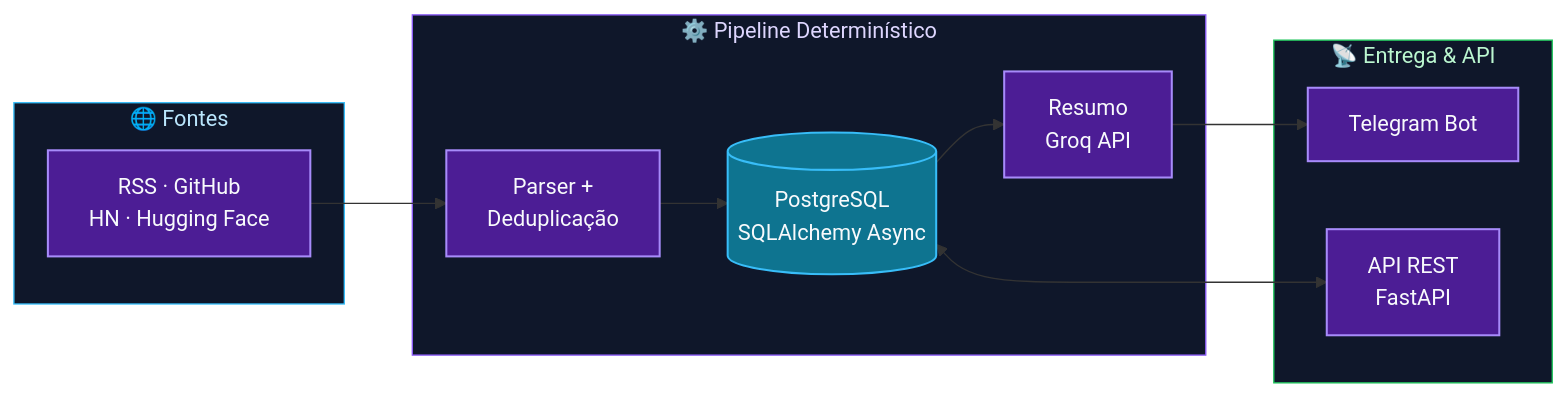
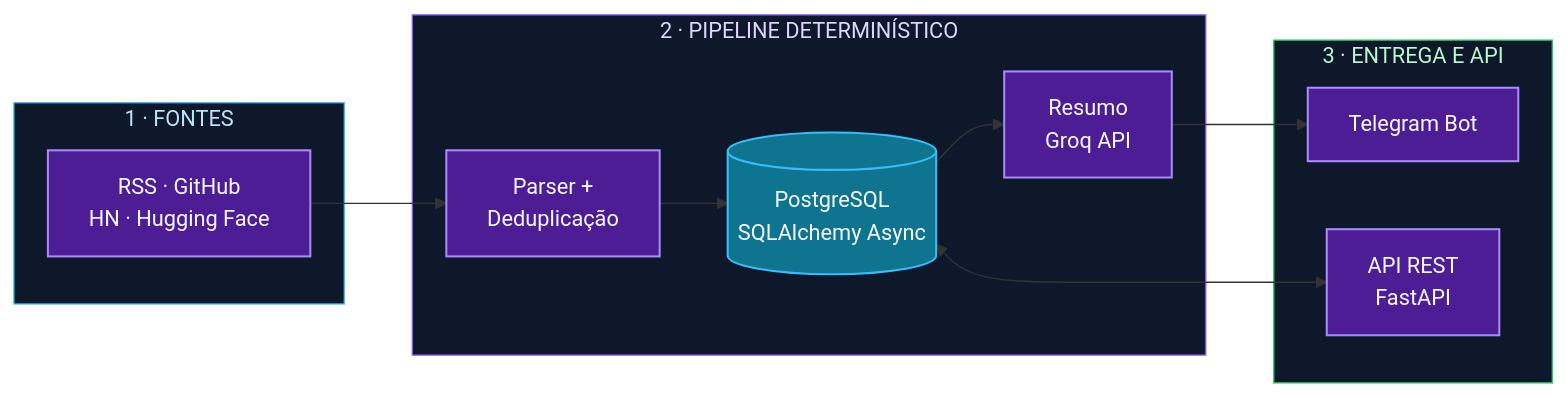
One commit to rafaelmaia-dev/rafaelmaia-dev changed the first of 3 diagrams in README.md. Above: the diagram before and after it, drawn with Mermaid. The commit also changed other lines of this file, not shown here.

````diff
--- a/README.md
+++ b/README.md
@@ -78,27 +78,27 @@
 ```mermaid
 flowchart LR
-    subgraph IN["🌐 Fontes"]
+    subgraph IN["1 · FONTES"]
         A["RSS · GitHub<br/>HN · Hugging Face"]
     end
-    subgraph PIPE["⚙️ Pipeline Determinístico"]
+    subgraph PIPE["2 · PIPELINE DETERMINÍSTICO"]
         B["Parser +<br/>Deduplicação"]
         C[("PostgreSQL<br/>SQLAlchemy Async")]
         D["Resumo<br/>Groq API"]
     end
-    subgraph OUT["📡 Entrega & API"]
+    subgraph OUT["3 · ENTREGA E API"]
         E["Telegram Bot"]
         F["API REST<br/>FastAPI"]
     end
 
     A --> B --> C
     C --> D --> E
     C <--> F
 
     classDef neon fill:#4C1D95,stroke:#A78BFA,color:#F8FAFC,stroke-width:1.5px
     classDef cyan fill:#0E7490,stroke:#38BDF8,color:#F8FAFC,stroke-width:1.5px
     class A,B,D,E,F neon
     class C cyan
     style IN fill:#0F172A,stroke:#38BDF8,color:#BAE6FD
     style PIPE fill:#0F172A,stroke:#8B5CF6,color:#DDD6FE
     style OUT fill:#0F172A,stroke:#22C55E,color:#BBF7D0
 ```
````
